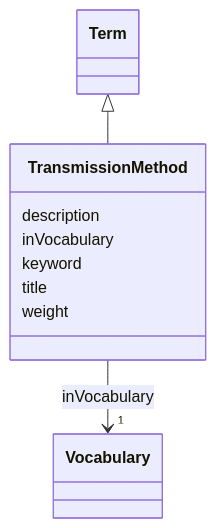
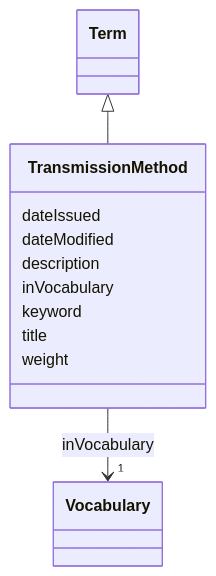
One commit to EVORA-project/evora-ontology changed the diagram in models/docs/TransmissionMethod.md. Above: the diagram before and after it, drawn with Mermaid. The commit also changed other lines of this file and 377 other files, not shown here.

````diff
--- a/models/docs/TransmissionMethod.md
+++ b/models/docs/TransmissionMethod.md
@@ -19,26 +19,30 @@
 ```mermaid
  classDiagram
     class TransmissionMethod
     click TransmissionMethod href "../TransmissionMethod"
       Term <|-- TransmissionMethod
         click Term href "../Term"
       
+      TransmissionMethod : dateIssued
+        
+      TransmissionMethod : dateModified
+        
       TransmissionMethod : description
         
       TransmissionMethod : inVocabulary
         
           
     
     
     TransmissionMethod --> "1" Vocabulary : inVocabulary
     click Vocabulary href "../Vocabulary"
 
         
       TransmissionMethod : keyword
         
       TransmissionMethod : title
         
       TransmissionMethod : weight
         
       
 ```
````
